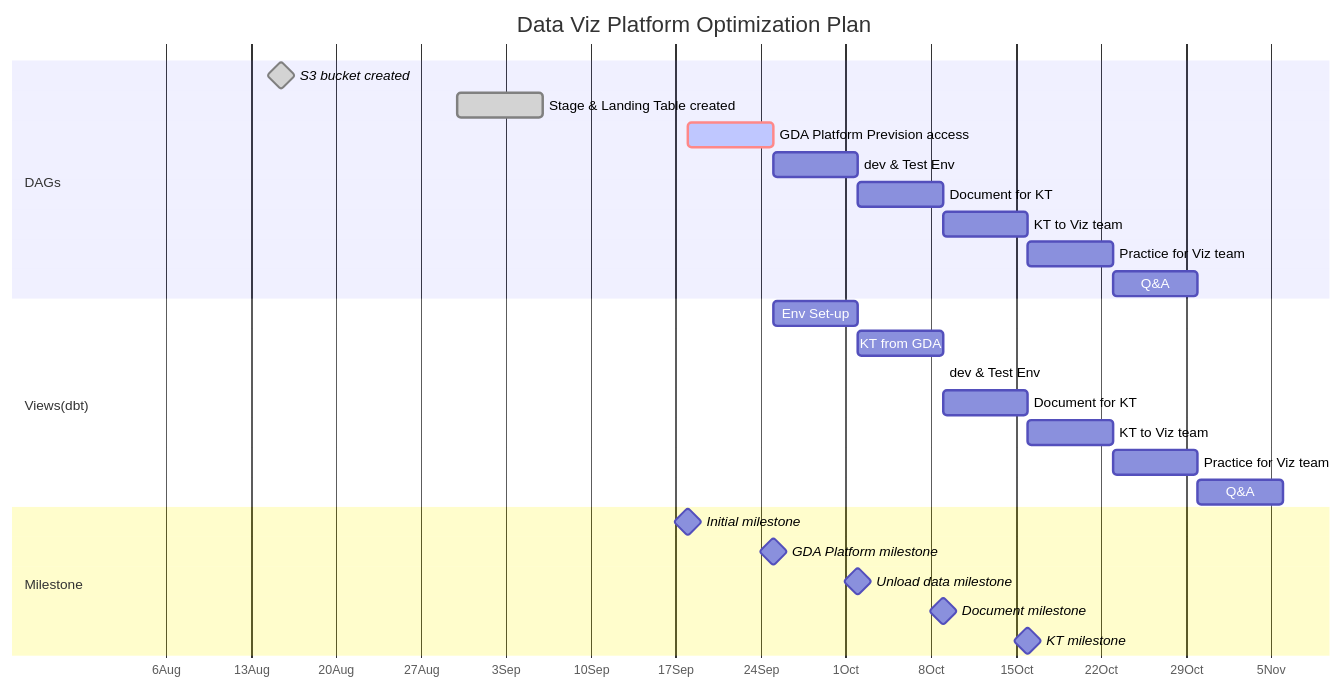
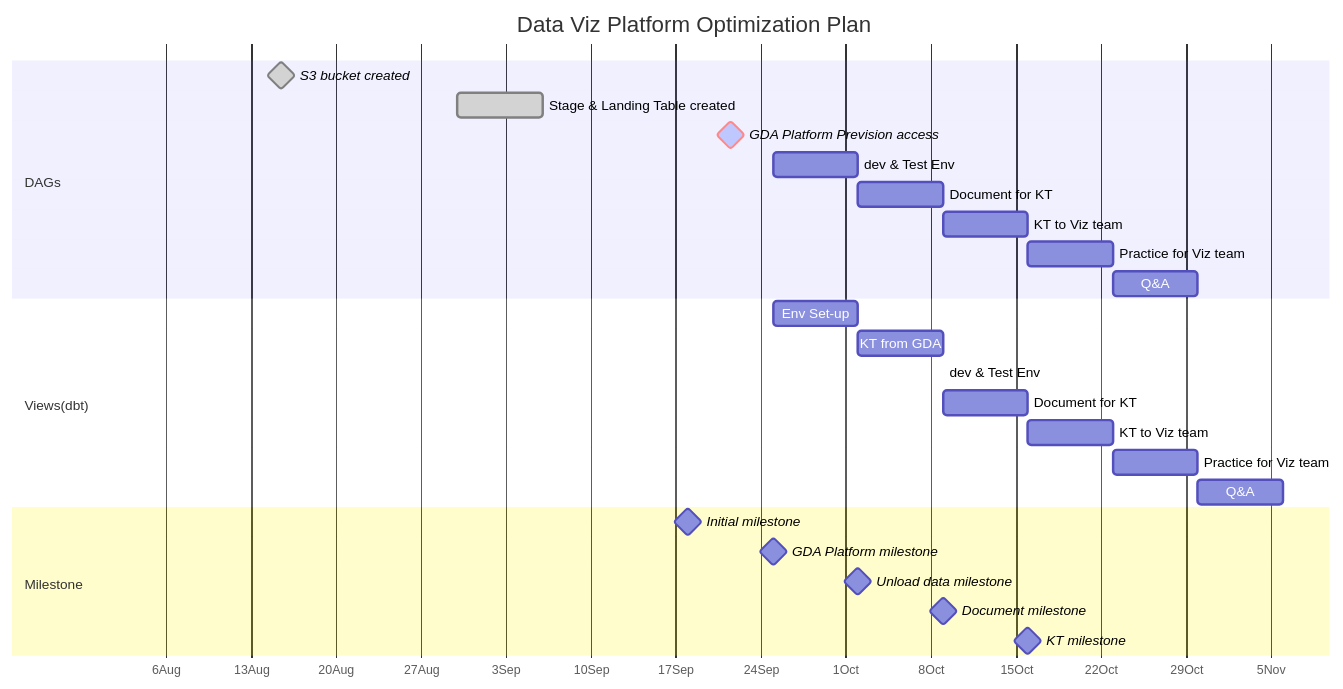
The diagram in Plan.md (Jamesxuxiao/plan), drawn with Mermaid before and after one commit.

````diff
--- a/Plan.md
+++ b/Plan.md
@@ -6,39 +6,39 @@
 ```mermaid
 gantt
     dateFormat  YYYY-MM-DD
     title       Data Viz Platform Optimization Plan
     axisFormat %e%b
     todayMarker on
     %%excludes    weekends
     tickInterval 1week
     %% (`excludes` accepts specific dates in YYYY-MM-DD format, days of the week ("sunday") or "weekends", but not the word "weekdays".)
 
 
     section A ridiculously <br> long section <br> name
 
     section DAGs
     S3 bucket created: milestone, done, des09, 2023-08-01, 2023-08-30
     Stage & Landing Table created      : done, desc10, after des09,1w
-    GDA Platform Prevision access    : active,crit,   des11, after des10, 1w
+    GDA Platform Prevision access    : milestone,active,crit,   des11, after des10, 1w
     dev & Test Env              :    des12, after des11, 1w
     Document for KT             :    des13, after des12, 1w
     KT to Viz team              :    des14, after des13, 1w
     Practice for Viz team       :    des15, after des14, 1w
     Q&A                         :    des16, after des15, 1w
 
     section Views(dbt)
     Env Set-up                  :    des41, after des11, 1w
     KT from GDA                 :    des42, after des41, 1w
     dev & Test Env              :    des43, after des42,des13 1w
     Document for KT             :    des44, after des43, 1w
     KT to Viz team              :    des45, after des44, 1w
     Practice for Viz team       :    des46, after des45, 1w
     Q&A                         :    des47, after des46, 1w
 
     section Milestone
     Initial milestone           : milestone, m0, 2023-09-18,2min
     GDA Platform milestone      : milestone, m1, after des11, 2min
     Unload data milestone       : milestone, m2, after des12, 2min
     Document milestone          : milestone, m3, after des13, 2min
     KT milestone                : milestone, m5, after des14, 2min
 ```
````
